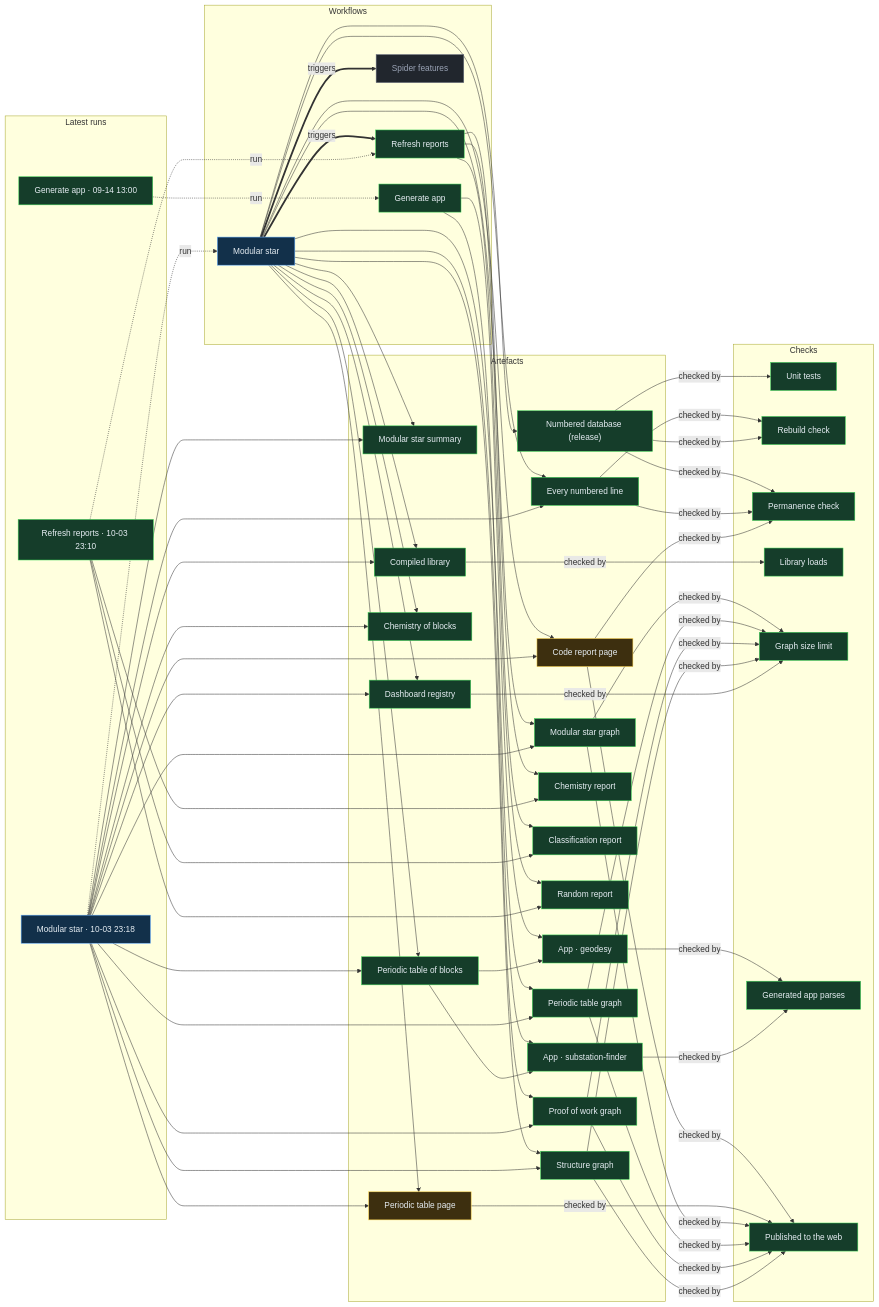
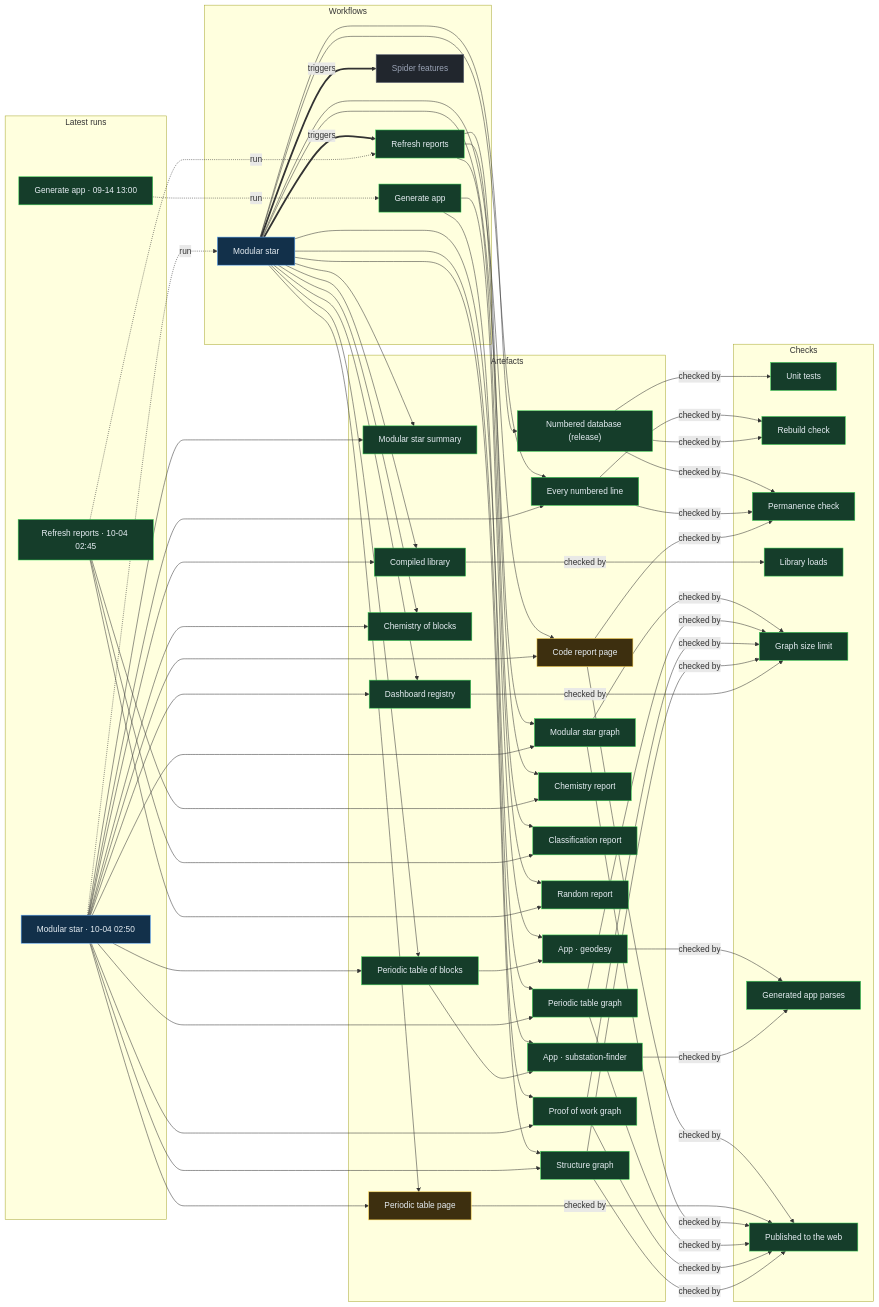
Before and after one commit to Ventusltd/stars: the diagram in proof/PROOF.md, drawn with Mermaid. The commit also changed other lines of this file and 33 other files, not shown here.

Commit message:
Modular star 2026-10-04T02:53Z

```diff
--- a/proof/PROOF.md
+++ b/proof/PROOF.md
@@ -24,8 +24,8 @@
   n_wf_spider_features["Spider features"]:::off
   end
   subgraph g_runs["Latest runs"]
-  n_run_37161348304["Modular star · 10-03 23:18"]:::live
-  n_run_37160928750["Refresh reports · 10-03 23:10"]:::ok
+  n_run_37172272982["Modular star · 10-04 02:50"]:::live
+  n_run_37172051752["Refresh reports · 10-04 02:45"]:::ok
   n_run_34846587798["Generate app · 09-14 13:00"]:::ok
   end
   subgraph g_artefacts["Artefacts"]
@@ -59,39 +59,39 @@
   end
   n_wf_modular_star == triggers ==> n_wf_refresh
   n_wf_modular_star == triggers ==> n_wf_spider_features
-  n_run_37161348304 -. run .-> n_wf_modular_star
-  n_run_37160928750 -. run .-> n_wf_refresh
+  n_run_37172272982 -. run .-> n_wf_modular_star
+  n_run_37172051752 -. run .-> n_wf_refresh
   n_run_34846587798 -. run .-> n_wf_generate
   n_wf_modular_star --> n_art_summary
-  n_run_37161348304 --> n_art_summary
+  n_run_37172272982 --> n_art_summary
   n_wf_modular_star --> n_art_lines
-  n_run_37161348304 --> n_art_lines
+  n_run_37172272982 --> n_art_lines
   n_wf_modular_star --> n_art_code
-  n_run_37161348304 --> n_art_code
+  n_run_37172272982 --> n_art_code
   n_wf_modular_star --> n_art_modular_graph
-  n_run_37161348304 --> n_art_modular_graph
+  n_run_37172272982 --> n_art_modular_graph
   n_wf_modular_star --> n_art_blocks
-  n_run_37161348304 --> n_art_blocks
+  n_run_37172272982 --> n_art_blocks
   n_wf_modular_star --> n_art_table
-  n_run_37161348304 --> n_art_table
+  n_run_37172272982 --> n_art_table
   n_wf_modular_star --> n_art_blocks_graph
-  n_run_37161348304 --> n_art_blocks_graph
+  n_run_37172272982 --> n_art_blocks_graph
   n_wf_modular_star --> n_art_reactions
-  n_run_37161348304 --> n_art_reactions
+  n_run_37172272982 --> n_art_reactions
   n_wf_modular_star --> n_art_library
-  n_run_37161348304 --> n_art_library
+  n_run_37172272982 --> n_art_library
   n_wf_modular_star --> n_art_features
-  n_run_37161348304 --> n_art_features
+  n_run_37172272982 --> n_art_features
   n_wf_modular_star --> n_art_proof
-  n_run_37161348304 --> n_art_proof
+  n_run_37172272982 --> n_art_proof
   n_wf_modular_star --> n_art_structure
-  n_run_37161348304 --> n_art_structure
+  n_run_37172272982 --> n_art_structure
   n_wf_refresh --> n_art_chemistry
-  n_run_37160928750 --> n_art_chemistry
+  n_run_37172051752 --> n_art_chemistry
   n_wf_refresh --> n_art_vedic
-  n_run_37160928750 --> n_art_vedic
+  n_run_37172051752 --> n_art_vedic
   n_wf_refresh --> n_art_random
-  n_run_37160928750 --> n_art_random
+  n_run_37172051752 --> n_art_random
   n_wf_modular_star --> n_art_release
   n_wf_generate --> n_app_geodesy
   n_art_blocks --> n_app_geodesy
```
